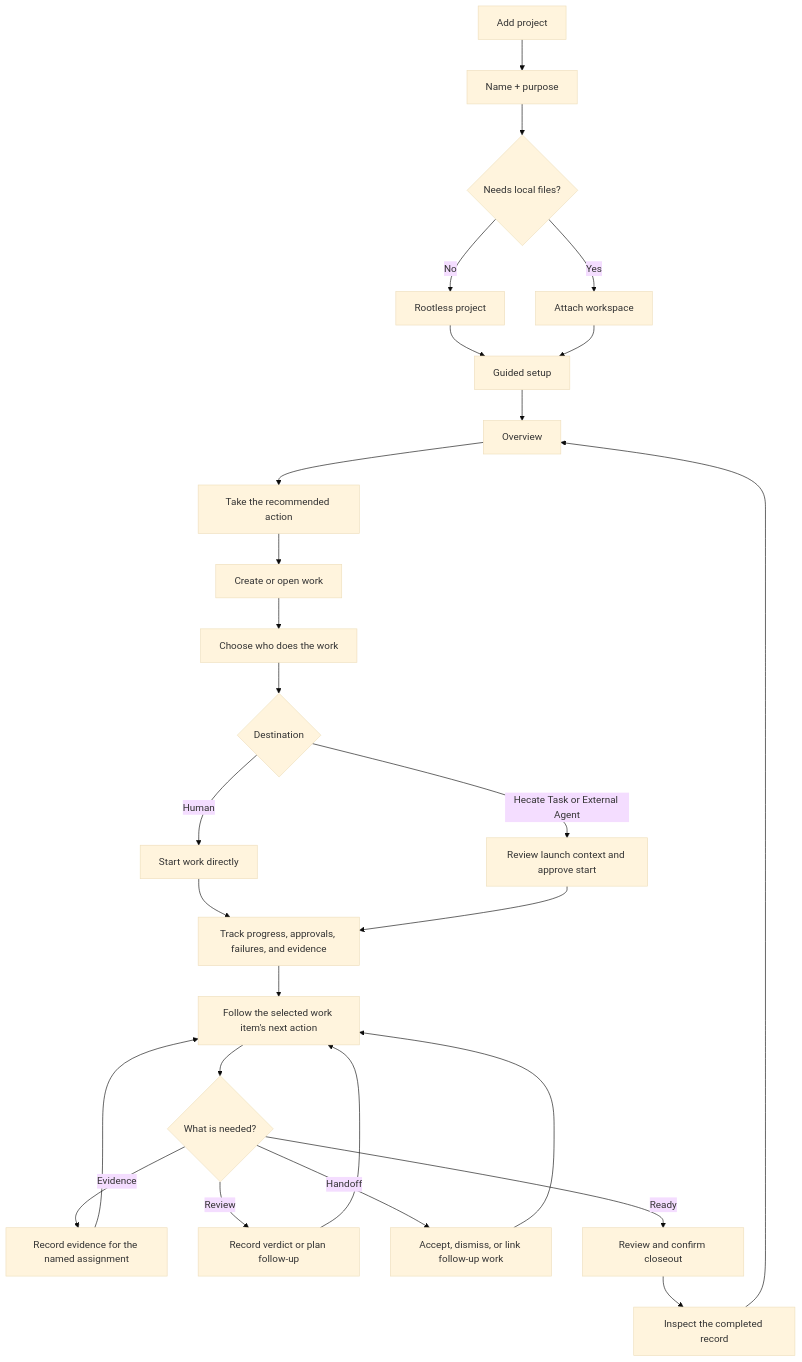
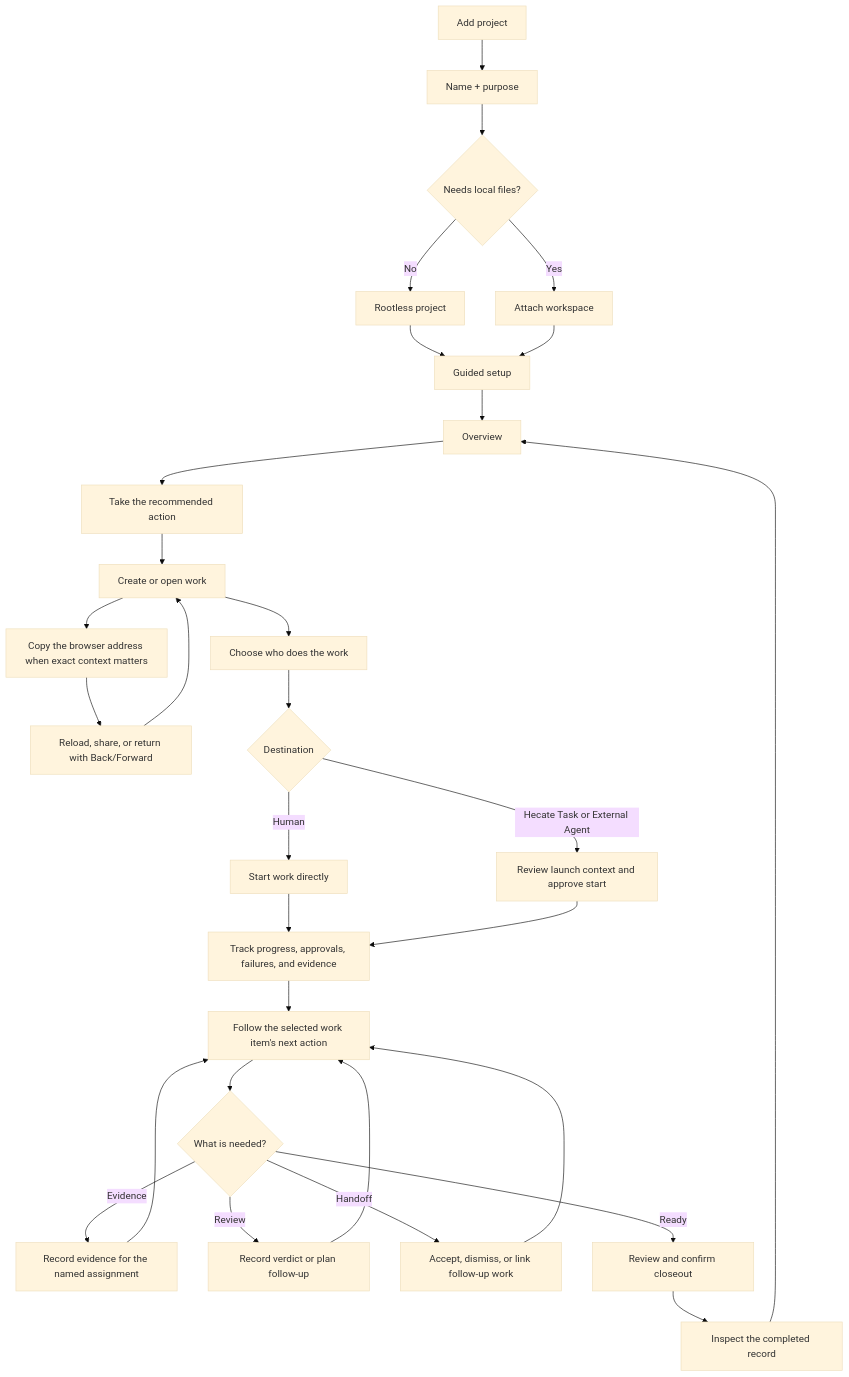
Before and after one commit to hecatehq/hecate: the second of 4 diagrams in docs/design/proposals/projects-cockpit-ux.md, drawn with Mermaid (base theme). The commit also changed other lines of this file and 19 other files, not shown here.

````diff
--- a/docs/design/proposals/projects-cockpit-ux.md
+++ b/docs/design/proposals/projects-cockpit-ux.md
@@ -103,29 +106,32 @@
 ```mermaid
 flowchart TD
   A["Add project"] --> B["Name + purpose"]
   B --> C{"Needs local files?"}
   C -->|"No"| D["Rootless project"]
   C -->|"Yes"| E["Attach workspace"]
   D --> F["Guided setup"]
   E --> F
   F --> G["Overview"]
   G --> H["Take the recommended action"]
   H --> I["Create or open work"]
+  I --> U["Copy the browser address when exact context matters"]
+  U --> V["Reload, share, or return with Back/Forward"]
+  V --> I
   I --> J["Choose who does the work"]
   J --> K{"Destination"}
   K -->|"Human"| KH["Start work directly"]
   K -->|"Hecate Task or External Agent"| KA["Review launch context and approve start"]
   KH --> L["Track progress, approvals, failures, and evidence"]
   KA --> L
   L --> M["Follow the selected work item's next action"]
   M --> N{"What is needed?"}
   N -->|"Evidence"| NE["Record evidence for the named assignment"]
   N -->|"Review"| NR["Record verdict or plan follow-up"]
   N -->|"Handoff"| NH["Accept, dismiss, or link follow-up work"]
   N -->|"Ready"| O["Review and confirm closeout"]
   NE --> M
   NR --> M
   NH --> M
   O --> P["Inspect the completed record"]
   P --> G
 ```
````
